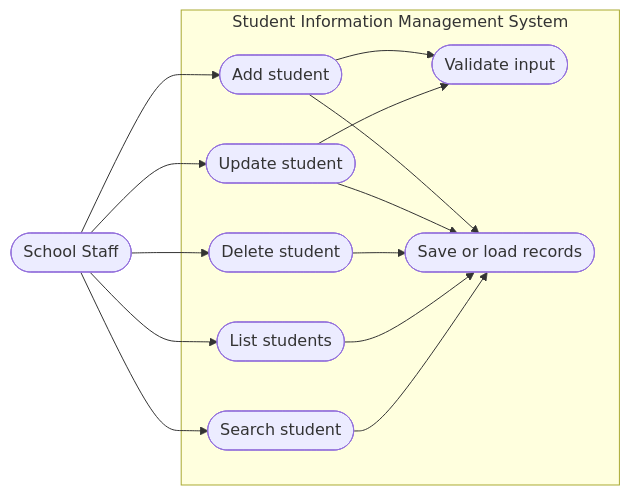
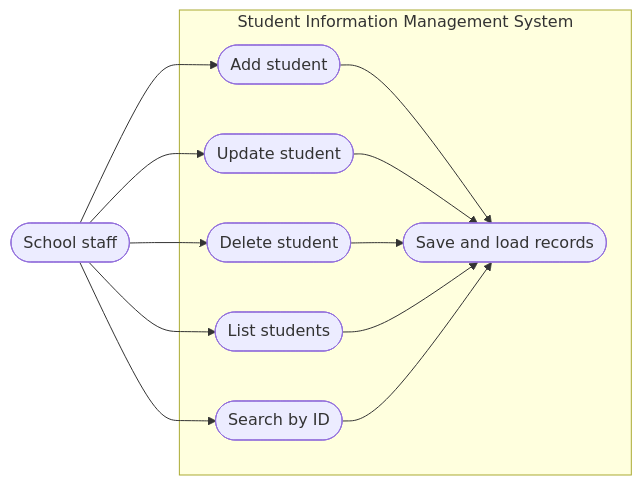
The second of 4 diagrams in UML_DESIGN.md (ja3h1/Student-System-Information), drawn with Mermaid before and after one commit. The commit also changed other lines of this file and 15 other files, not shown here.

````diff
--- a/UML_DESIGN.md
+++ b/UML_DESIGN.md
@@ -7,25 +46,22 @@
 ```mermaid
 flowchart LR
-    Staff([School Staff])
+    Staff([School staff])
     subgraph SIMS[Student Information Management System]
       Add([Add student])
       List([List students])
-      Search([Search student])
+      Search([Search by ID])
       Update([Update student])
       Delete([Delete student])
-      Validate([Validate input])
-      Persist([Save or load records])
+      Persist([Save and load records])
     end
     Staff --> Add
     Staff --> List
     Staff --> Search
     Staff --> Update
     Staff --> Delete
-    Add --> Validate
-    Update --> Validate
     Add --> Persist
     Update --> Persist
     Delete --> Persist
     List --> Persist
     Search --> Persist
 ```
````
